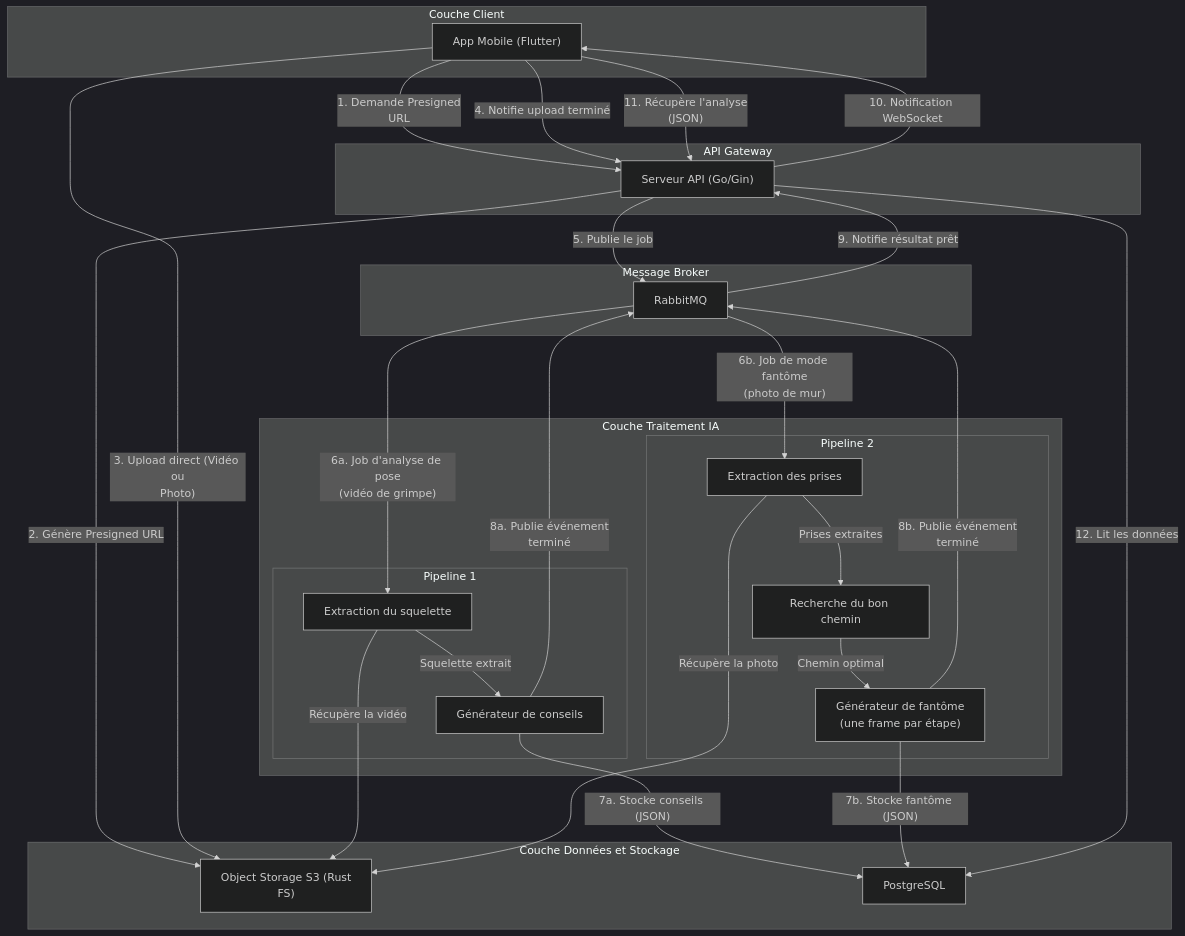
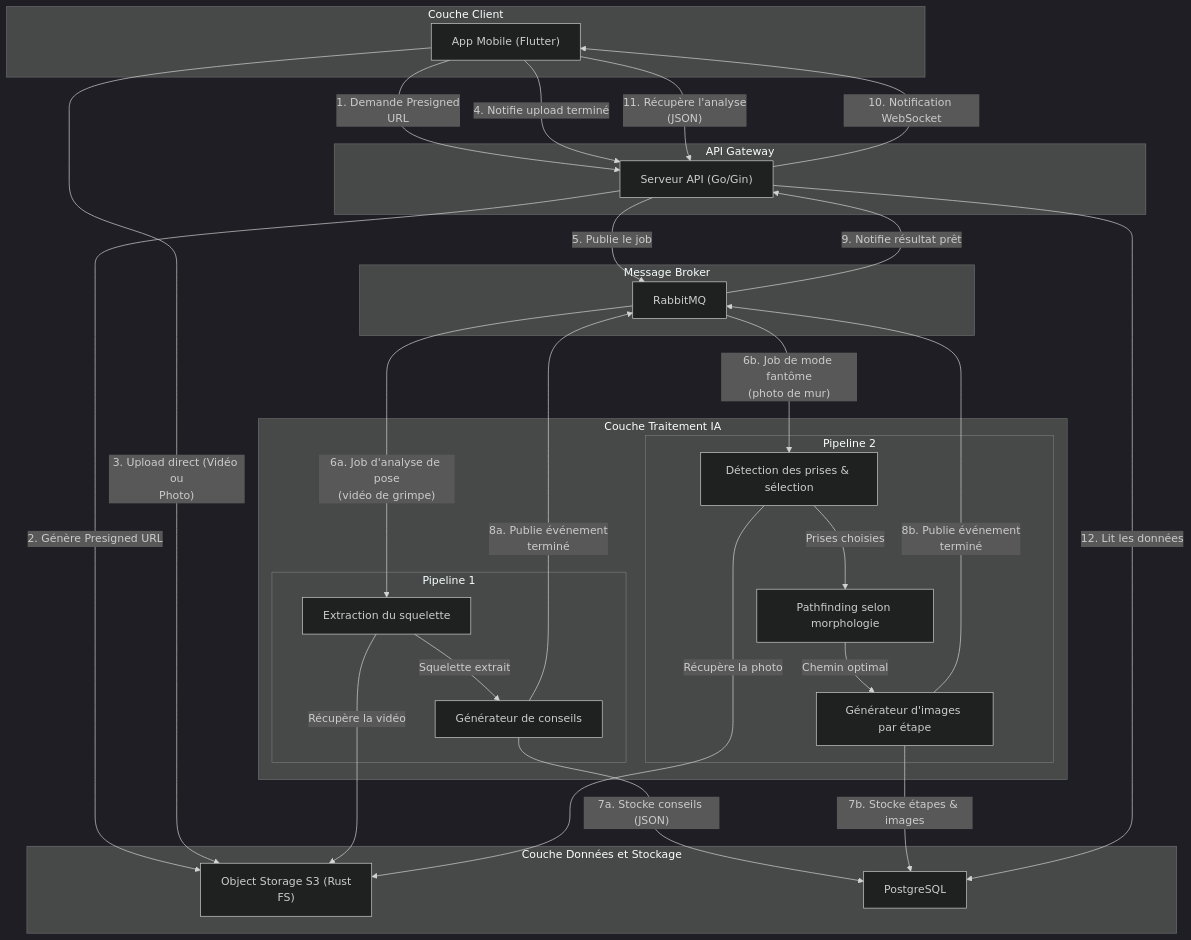
The diagram in docs/Ascension/developer/apps/ai/overview.md (Ascension-EIP/Ascension), drawn with Mermaid (dark theme) before and after one commit. The commit also changed 20 other files, not shown here.

First line of the commit message:
chore(docs): update ghost mode definition and roadmap

````diff
--- a/docs/Ascension/developer/apps/ai/overview.md
+++ b/docs/Ascension/developer/apps/ai/overview.md
@@ -11,57 +11,57 @@
 ```mermaid
 flowchart TD
     subgraph Client ["Couche Client"]
         App["App Mobile (Flutter)"]
     end
 
     subgraph Gateway ["API Gateway"]
         API["Serveur API (Go/Gin)"]
     end
 
     subgraph Broker ["Message Broker"]
         RMQ["RabbitMQ"]
     end
 
     subgraph IA ["Couche Traitement IA"]
         subgraph P1 ["Pipeline 1"]
             ExtSkel["Extraction du squelette"]
             GenCons["Générateur de conseils"]
             ExtSkel -->|"Squelette extrait"| GenCons
         end
 
         subgraph P2 ["Pipeline 2"]
-            ExtPrises["Extraction des prises"]
-            RechChemin["Recherche du bon chemin"]
-            GenFantome["Générateur de fantôme<br/>(une frame par étape)"]
-            ExtPrises -->|"Prises extraites"| RechChemin
+            ExtPrises["Détection des prises & sélection"]
+            RechChemin["Pathfinding selon morphologie"]
+            GenFantome["Générateur d'images par étape"]
+            ExtPrises -->|"Prises choisies"| RechChemin
             RechChemin -->|"Chemin optimal"| GenFantome
         end
     end
 
     subgraph Data ["Couche Données et Stockage"]
         S3["Object Storage S3 (Rust<br/>FS)"]
         PG["PostgreSQL"]
     end
 
     %% Flux de communication (1 à 12)
     App -->|"1. Demande Presigned<br/>URL"| API
     API -->|"2. Génère Presigned URL"| S3
     App -->|"3. Upload direct (Vidéo ou<br/>Photo)"| S3
     App -->|"4. Notifie upload terminé"| API
     API -->|"5. Publie le job"| RMQ
 
     RMQ -->|"6a. Job d'analyse de pose<br/>(vidéo de grimpe)"| ExtSkel
     ExtSkel -->|"Récupère la vidéo"| S3
     GenCons -->|"7a. Stocke conseils (JSON)"| PG
     GenCons -->|"8a. Publie événement<br/>terminé"| RMQ
 
     RMQ -->|"6b. Job de mode fantôme<br/>(photo de mur)"| ExtPrises
     ExtPrises -->|"Récupère la photo"| S3
-    GenFantome -->|"7b. Stocke fantôme (JSON)"| PG
+    GenFantome -->|"7b. Stocke étapes & images"| PG
     GenFantome -->|"8b. Publie événement<br/>terminé"| RMQ
 
     RMQ -->|"9. Notifie résultat prêt"| API
     API -->|"10. Notification WebSocket"| App
     App -->|"11. Récupère l'analyse<br/>(JSON)"| API
     API -->|"12. Lit les données"| PG
 ```
````
